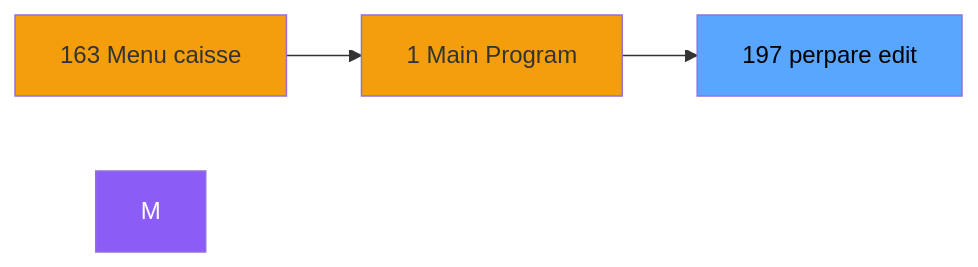
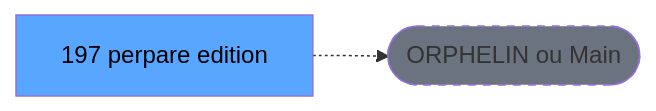
One commit to thonyAGP/lecteur-magic changed the second of 3 diagrams in .openspec/renders/ADH-IDE-197.md. Above: the diagram before and after it, drawn with Mermaid. The commit also changed other lines of this file and 701 other files, not shown here.

````diff
--- a/.openspec/renders/ADH-IDE-197.md
+++ b/.openspec/renders/ADH-IDE-197.md
@@ -105,12 +117,8 @@
 ```mermaid
 graph LR
-    N163[163 Menu caisse ]
-    N1[1 Main Program]
-    T[197 perpare edit]
-    N163 --> N1
-    N1 --> T
-    style M fill:#8b5cf6,color:#fff
-    style N163 fill:#f59e0b
-    style N1 fill:#f59e0b
+    T[197 perpare edition]
+    ORPHAN([ORPHELIN ou Main])
+    T -.-> ORPHAN
     style T fill:#58a6ff,color:#000
+    style ORPHAN fill:#6b7280,stroke-dasharray: 5 5
 ```
````
